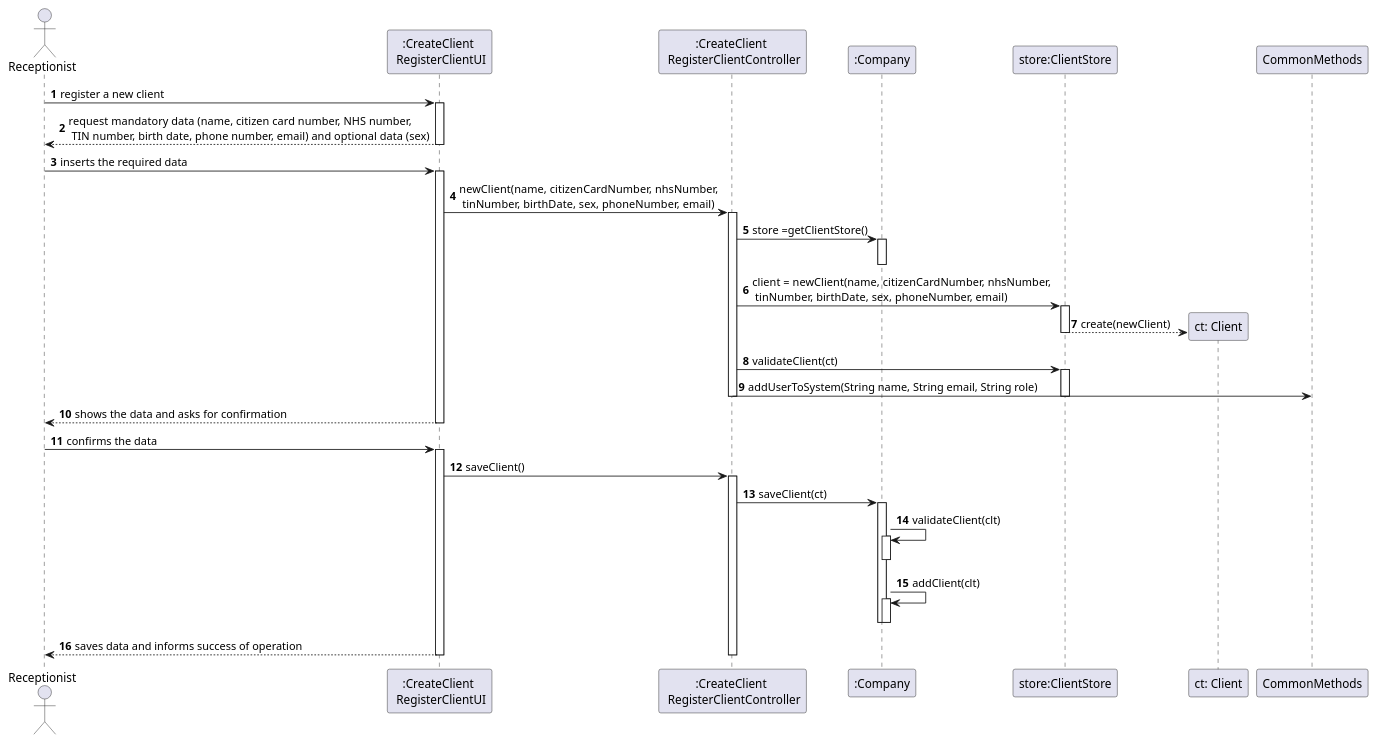
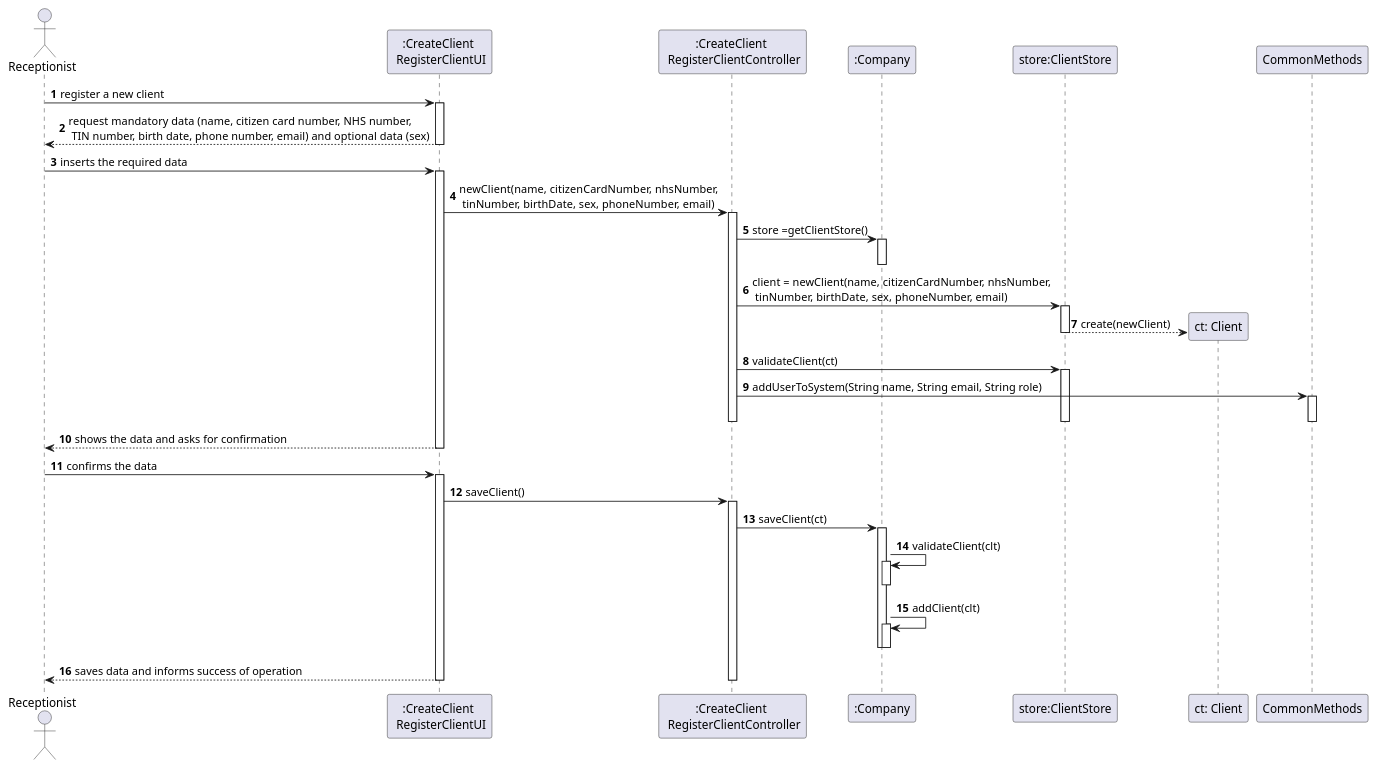
Before and after one commit to GuilhermeCunha79/lapr2: the diagram in docs/SprintB/US3/UC03_SD.puml, drawn with PlantUML.

Commit message:
Updating all the US-08 [US-08] [Requirement Engeneering & Implementation & Testing]

```diff
--- a/docs/SprintB/US3/UC03_SD.puml
+++ b/docs/SprintB/US3/UC03_SD.puml
@@ -1,73 +1,75 @@
 @startuml
 autonumber
 'hide footbox
 actor "Receptionist" as RECEP
 
 participant ":CreateClient \n RegisterClientUI" as UI
 participant ":CreateClient \n RegisterClientController" as CTRL
 participant ":Company" as C
 participant "store:ClientStore" as CS
 participant "ct: Client" as CL
 participant "CommonMethods" as CM
 
 
 
 RECEP -> UI : register a new client
 activate UI
     UI --> RECEP : request mandatory data (name, citizen card number, NHS number,\n TIN number, birth date, phone number, email) and optional data (sex)
 deactivate UI
 
 RECEP -> UI : inserts the required data
 activate UI
     UI -> CTRL : newClient(name, citizenCardNumber, nhsNumber,\n tinNumber, birthDate, sex, phoneNumber, email)
 
 activate CTRL
 
         CTRL -> C: store =getClientStore()
         activate C
         deactivate C
 
         CTRL -> CS: client = newClient(name, citizenCardNumber, nhsNumber,\n tinNumber, birthDate, sex, phoneNumber, email)
 
         activate CS
         CS --> CL** : create(newClient)
         deactivate CS
 
 
         CTRL -> CS : validateClient(ct)
 
         activate CS
+
         CTRL -> CM : addUserToSystem(String name, String email, String role)
-
+        activate CM
+        deactivate CM
         deactivate CS
 
 
 
     deactivate CTRL
     UI --> RECEP : shows the data and asks for confirmation
 deactivate UI
 RECEP -> UI : confirms the data
 activate UI
 
     UI -> CTRL : saveClient()
 
 activate CTRL
     CTRL -> C : saveClient(ct)
 
 activate C
 
     C -> C : validateClient(clt)
     activate C
     deactivate C
     C -> C : addClient(clt)
     activate C
     deactivate C
     deactivate C
 
 
 UI --> RECEP : saves data and informs success of operation
 deactivate C
 deactivate UI
 deactivate CTRL
 
 @enduml
```
